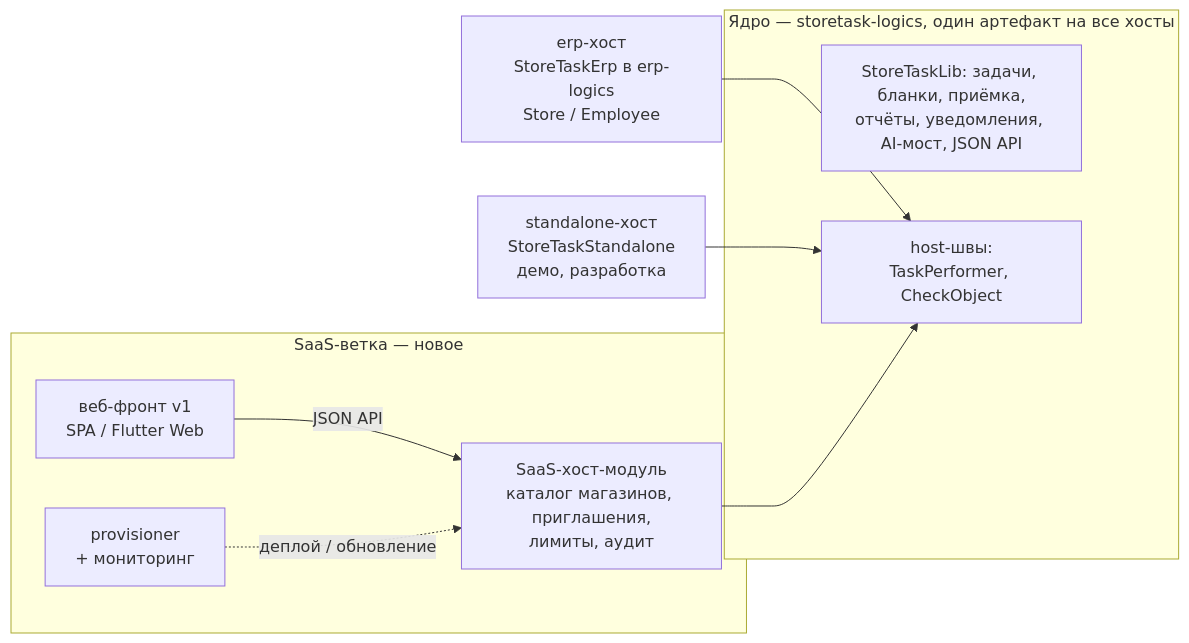
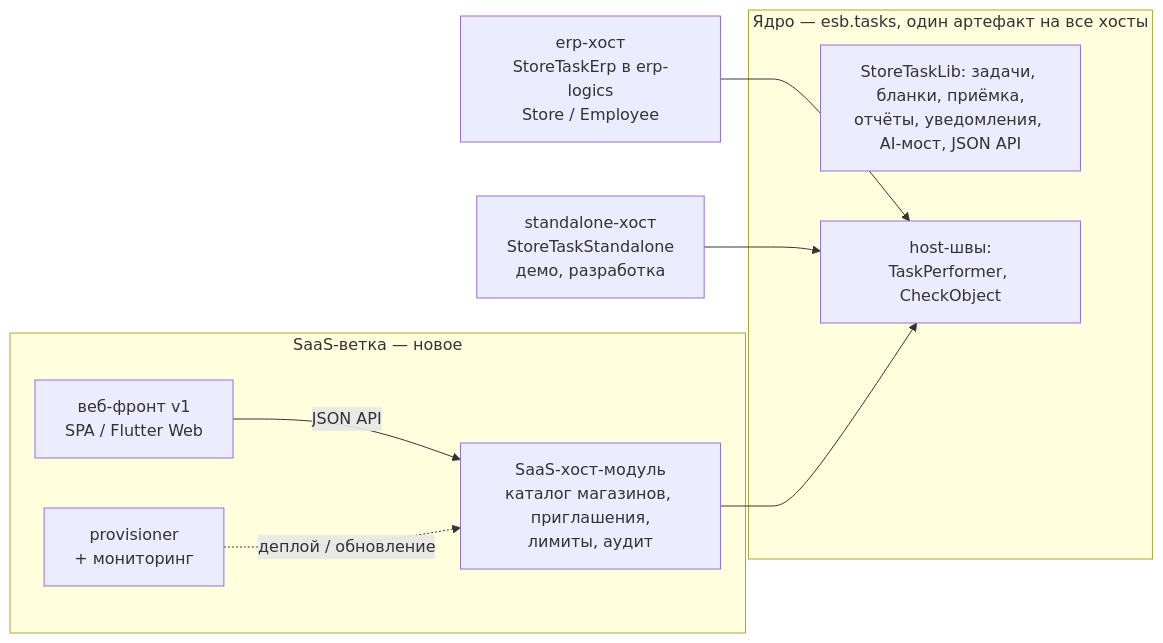
One commit to ahean92/retailtaskmanager changed the third of 6 diagrams in docs/saas-architecture.md. Above: the diagram before and after it, drawn with Mermaid. The commit also changed other lines of this file and 11 other files, not shown here.

First line of the commit message:
[Артефакт] Переименование storetask-logics → esb.tasks: 1.0-SNAPSHOT на платформе 6.2

````diff
--- a/docs/saas-architecture.md
+++ b/docs/saas-architecture.md
@@ -91,22 +91,22 @@
 ```mermaid
 flowchart LR
-    subgraph core["Ядро — storetask-logics, один артефакт на все хосты"]
+    subgraph core["Ядро — esb.tasks, один артефакт на все хосты"]
         LIB["StoreTaskLib: задачи, бланки, приёмка,<br/>отчёты, уведомления, AI-мост, JSON API"]
         SH["host-швы:<br/>TaskPerformer, CheckObject"]
     end
 
     H1["erp-хост<br/>StoreTaskErp в erp-logics<br/>Store / Employee"]
     H2["standalone-хост<br/>StoreTaskStandalone<br/>демо, разработка"]
 
     subgraph saas["SaaS-ветка — новое"]
         H3["SaaS-хост-модуль<br/>каталог магазинов, приглашения,<br/>лимиты, аудит"]
         FE["веб-фронт v1<br/>SPA / Flutter Web"]
         PROV2["provisioner<br/>+ мониторинг"]
     end
 
     H1 --> SH
     H2 --> SH
     H3 --> SH
     FE -->|"JSON API"| H3
     PROV2 -.->|"деплой / обновление"| H3
 ```
````
